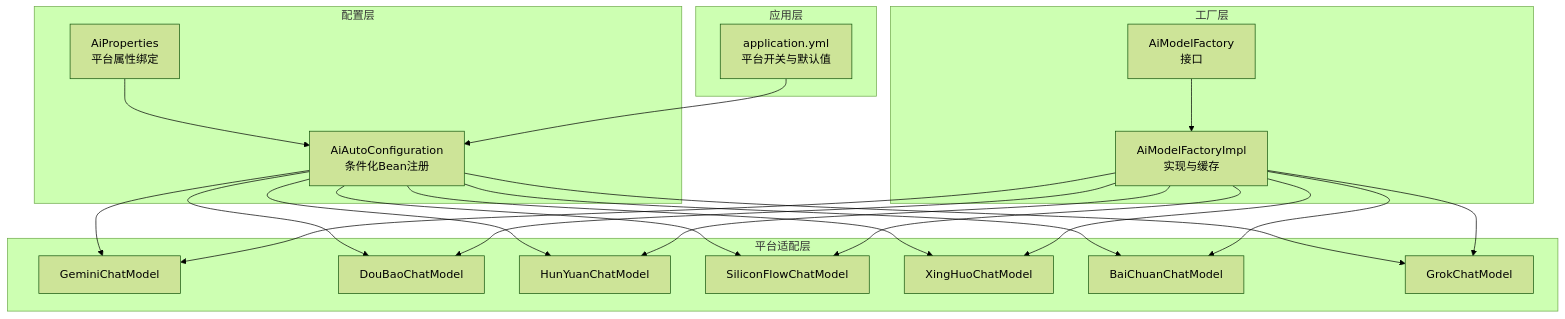
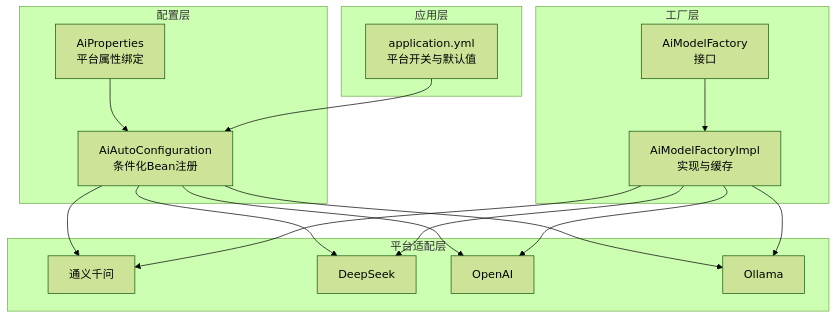
The first of 4 diagrams in .qoder/repowiki/zh/content/AI模型管理/AI平台集成.md (X555LB/data-ai), drawn with Mermaid (forest theme) before and after one commit. The commit also changed other lines of this file and 24 other files, not shown here.

Commit message:
refactor: 移除百川/Grok/混元/SiliconFlow/星火等第三方AI模型，精简AI平台支持

````diff
--- a/.qoder/repowiki/zh/content/AI模型管理/AI平台集成.md
+++ b/.qoder/repowiki/zh/content/AI模型管理/AI平台集成.md
@@ -45,40 +40,31 @@
 ```mermaid
 graph TB
 subgraph "配置层"
 AP["AiProperties<br/>平台属性绑定"]
 AC["AiAutoConfiguration<br/>条件化Bean注册"]
 end
 subgraph "工厂层"
 AF["AiModelFactory<br/>接口"]
 AFImpl["AiModelFactoryImpl<br/>实现与缓存"]
 end
 subgraph "平台适配层"
-GEM["GeminiChatModel"]
-DOUB["DouBaoChatModel"]
-HUNY["HunYuanChatModel"]
-SIL["SiliconFlowChatModel"]
-XH["XingHuoChatModel"]
-BC["BaiChuanChatModel"]
-GR["GrokChatModel"]
+TY["通义千问"]
+DS["DeepSeek"]
+OA["OpenAI"]
+OL["Ollama"]
 end
 subgraph "应用层"
 APP["application.yml<br/>平台开关与默认值"]
 end
 AP --> AC
-AC --> GEM
-AC --> DOUB
-AC --> HUNY
-AC --> SIL
-AC --> XH
-AC --> BC
-AC --> GR
+AC --> TY
+AC --> DS
+AC --> OA
+AC --> OL
 AF --> AFImpl
-AFImpl --> GEM
-AFImpl --> DOUB
-AFImpl --> HUNY
-AFImpl --> SIL
-AFImpl --> XH
-AFImpl --> BC
-AFImpl --> GR
+AFImpl --> TY
+AFImpl --> DS
+AFImpl --> OA
+AFImpl --> OL
 APP --> AC
 ```
````
